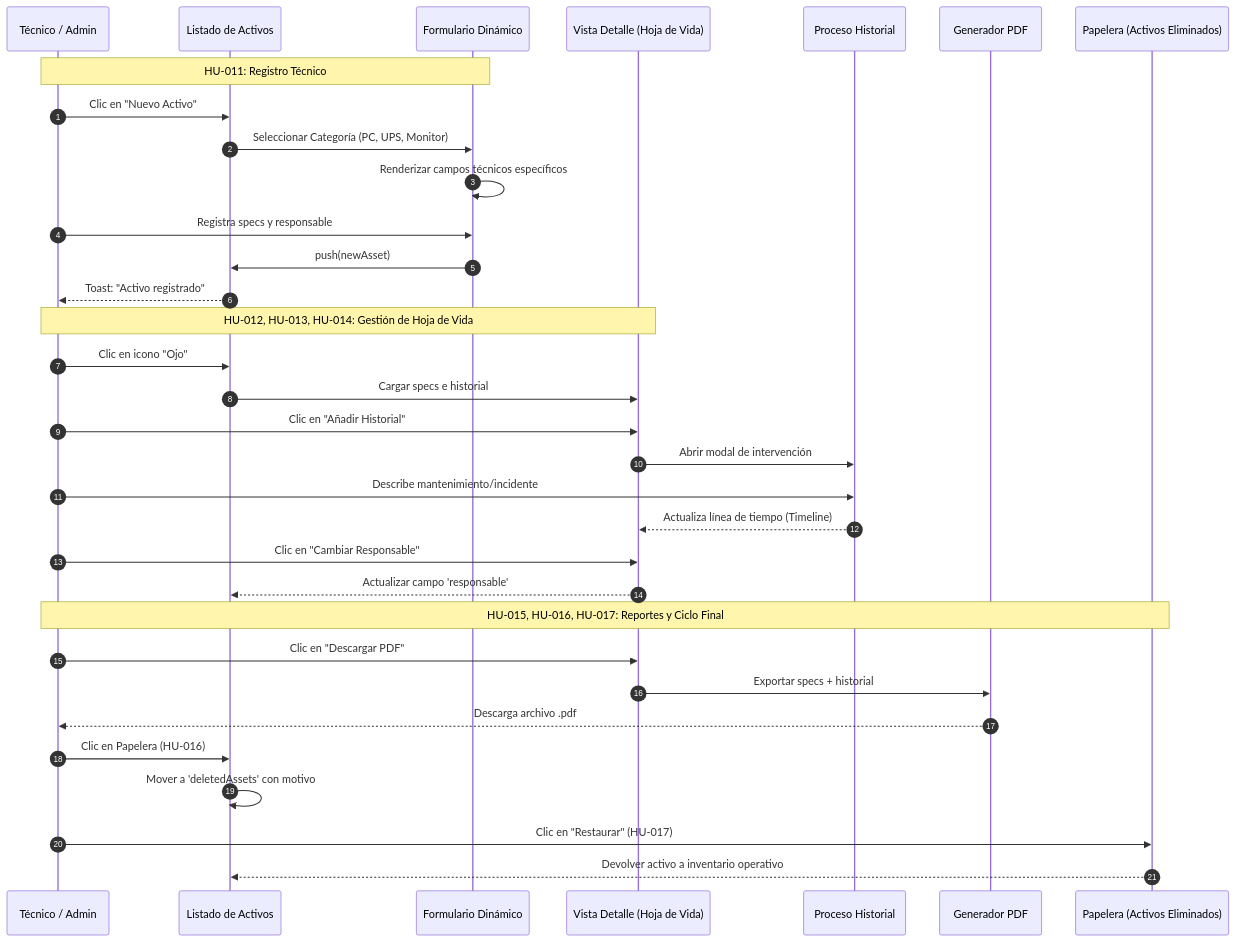
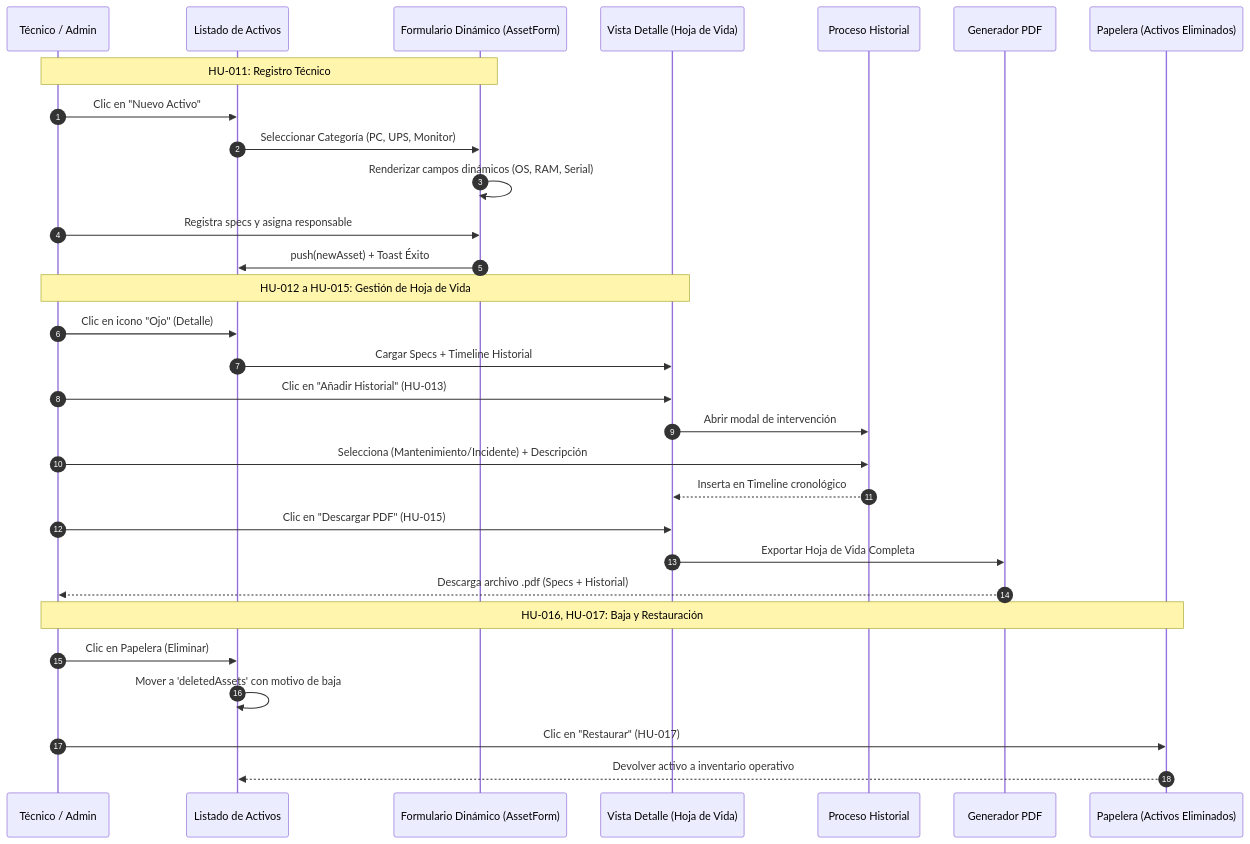
The fourth of 5 diagrams in DIAGRAMAS.md (KaicerPirata/Proyecto), drawn with Mermaid before and after one commit. The commit also changed other lines of this file, not shown here.

````diff
--- a/DIAGRAMAS.md
+++ b/DIAGRAMAS.md
@@ -108,38 +113,35 @@
 ```mermaid
 sequenceDiagram
     autonumber
     participant T as Técnico / Admin
     participant LA as Listado de Activos
-    participant FD as Formulario Dinámico
+    participant FD as Formulario Dinámico (AssetForm)
     participant VD as Vista Detalle (Hoja de Vida)
     participant PH as Proceso Historial
     participant PDF as Generador PDF
     participant PA as Papelera (Activos Eliminados)
 
     Note over T, FD: HU-011: Registro Técnico
     T->>LA: Clic en "Nuevo Activo"
     LA->>FD: Seleccionar Categoría (PC, UPS, Monitor)
-    FD->>FD: Renderizar campos técnicos específicos
-    T->>FD: Registra specs y responsable
-    FD->>LA: push(newAsset)
-    LA-->>T: Toast: "Activo registrado"
+    FD->>FD: Renderizar campos dinámicos (OS, RAM, Serial)
+    T->>FD: Registra specs y asigna responsable
+    FD->>LA: push(newAsset) + Toast Éxito
 
-    Note over T, VD: HU-012, HU-013, HU-014: Gestión de Hoja de Vida
-    T->>LA: Clic en icono "Ojo"
-    LA->>VD: Cargar specs e historial
-    T->>VD: Clic en "Añadir Historial"
+    Note over T, VD: HU-012 a HU-015: Gestión de Hoja de Vida
+    T->>LA: Clic en icono "Ojo" (Detalle)
+    LA->>VD: Cargar Specs + Timeline Historial
+    T->>VD: Clic en "Añadir Historial" (HU-013)
     VD->>PH: Abrir modal de intervención
-    T->>PH: Describe mantenimiento/incidente
-    PH-->>VD: Actualiza línea de tiempo (Timeline)
-    T->>VD: Clic en "Cambiar Responsable"
-    VD-->>LA: Actualizar campo 'responsable'
+    T->>PH: Selecciona (Mantenimiento/Incidente) + Descripción
+    PH-->>VD: Inserta en Timeline cronológico
+    T->>VD: Clic en "Descargar PDF" (HU-015)
+    VD->>PDF: Exportar Hoja de Vida Completa
+    PDF-->>T: Descarga archivo .pdf (Specs + Historial)
 
-    Note over T, PA: HU-015, HU-016, HU-017: Reportes y Ciclo Final
-    T->>VD: Clic en "Descargar PDF"
-    VD->>PDF: Exportar specs + historial
-    PDF-->>T: Descarga archivo .pdf
-    T->>LA: Clic en Papelera (HU-016)
-    LA->>LA: Mover a 'deletedAssets' con motivo
+    Note over T, PA: HU-016, HU-017: Baja y Restauración
+    T->>LA: Clic en Papelera (Eliminar)
+    LA->>LA: Mover a 'deletedAssets' con motivo de baja
     T->>PA: Clic en "Restaurar" (HU-017)
     PA-->>LA: Devolver activo a inventario operativo
 ```
````
